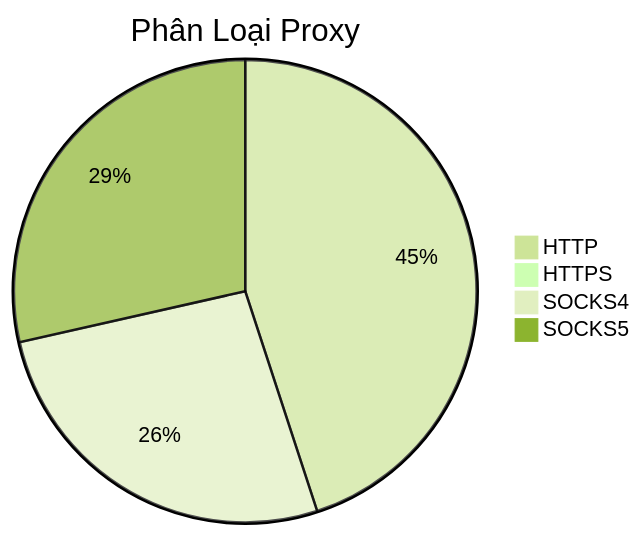
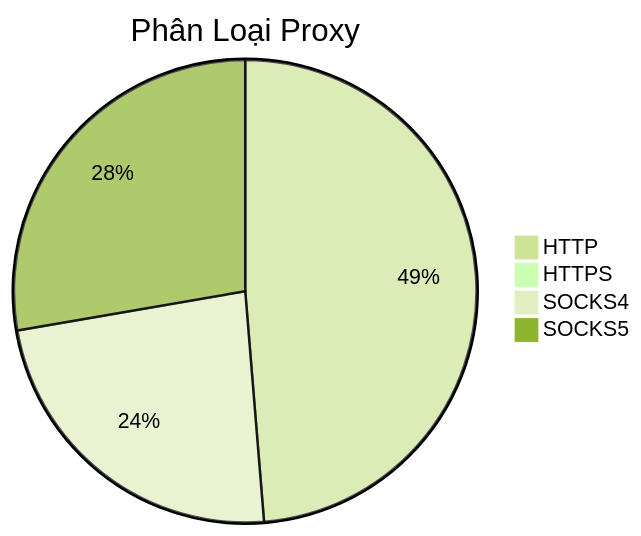
The diagram in README.md (Ciara-12/PROXY-free), drawn with Mermaid (forest theme) before and after one commit. The commit also changed other lines of this file and 4 other files, not shown here.

````diff
--- a/README.md
+++ b/README.md
@@ -26,7 +26,7 @@
 ```mermaid
 pie title Phân Loại Proxy
-    "HTTP" : 487
-    "HTTPS" : 1
-    "SOCKS4" : 287
-    "SOCKS5" : 309
+    "HTTP" : 601
+    "HTTPS" : 0
+    "SOCKS4" : 291
+    "SOCKS5" : 342
 ```
````
